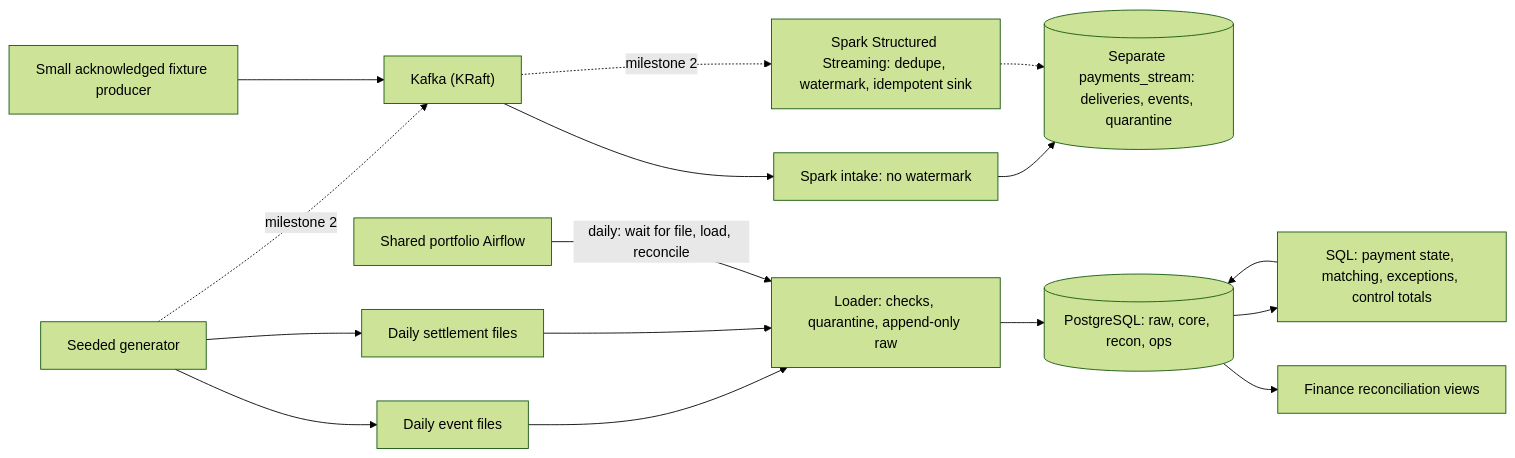
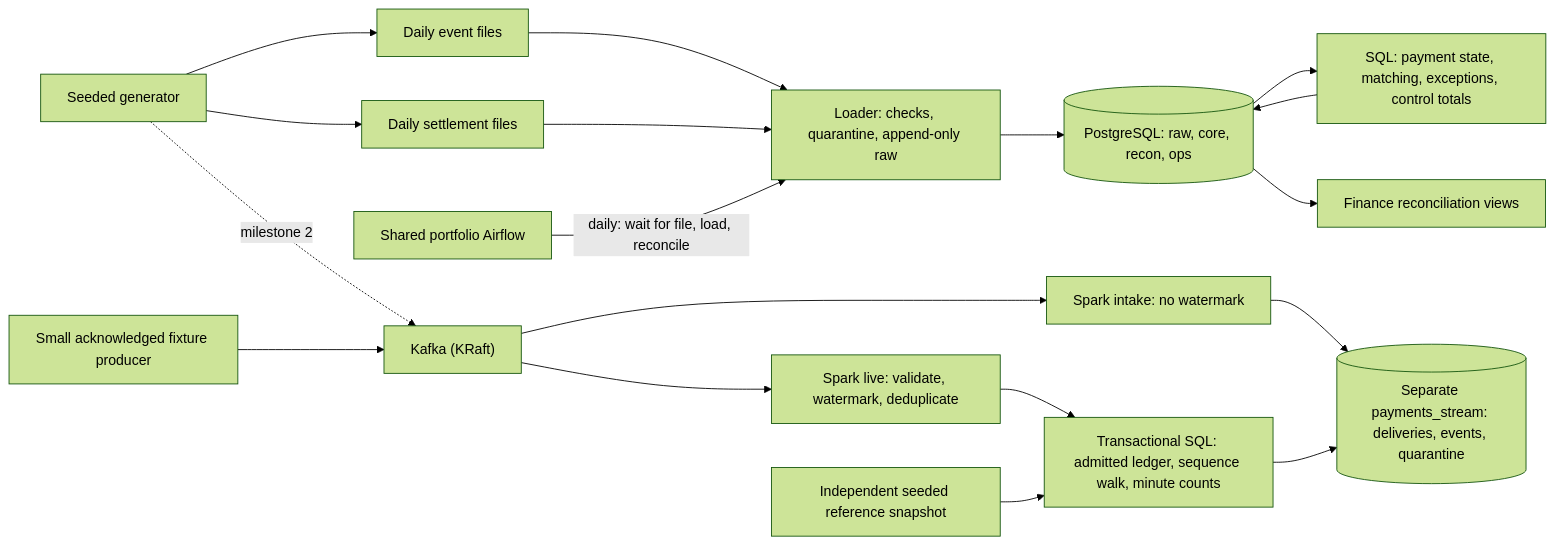
Before and after one commit to mhanssari/Data-AI-Engineering-Portfolio: the diagram in cases/03-payment-reconciliation/docs/architecture.md, drawn with Mermaid (forest theme). The commit also changed other lines of this file and 34 other files, not shown here.

Commit message:
feat(case-03): add watermarked live views and SQL projections

````diff
--- a/cases/03-payment-reconciliation/docs/architecture.md
+++ b/cases/03-payment-reconciliation/docs/architecture.md
@@ -7,17 +7,19 @@
 ```mermaid
 flowchart LR
   G["Seeded generator"] --> EF["Daily event files"]
   G --> SF["Daily settlement files"]
   G -. "milestone 2" .-> K["Kafka (KRaft)"]
   FP["Small acknowledged fixture producer"] --> K
   K --> SI["Spark intake: no watermark"]
   SI --> SD[("Separate payments_stream: deliveries, events, quarantine")]
   EF & SF --> L["Loader: checks, quarantine, append-only raw"]
   L --> PG[("PostgreSQL: raw, core, recon, ops")]
   PG --> R["SQL: payment state, matching, exceptions, control totals"]
   R --> PG
-  K -. "milestone 2" .-> S["Spark Structured Streaming: dedupe, watermark, idempotent sink"]
-  S -.-> SD
+  K --> S["Spark live: validate, watermark, deduplicate"]
+  S --> LS["Transactional SQL: admitted ledger, sequence walk, minute counts"]
+  LS --> SD
+  MR["Independent seeded reference snapshot"] --> LS
   AF["Shared portfolio Airflow"] -- "daily: wait for file, load, reconcile" --> L
   PG --> V["Finance reconciliation views"]
 ```
````
